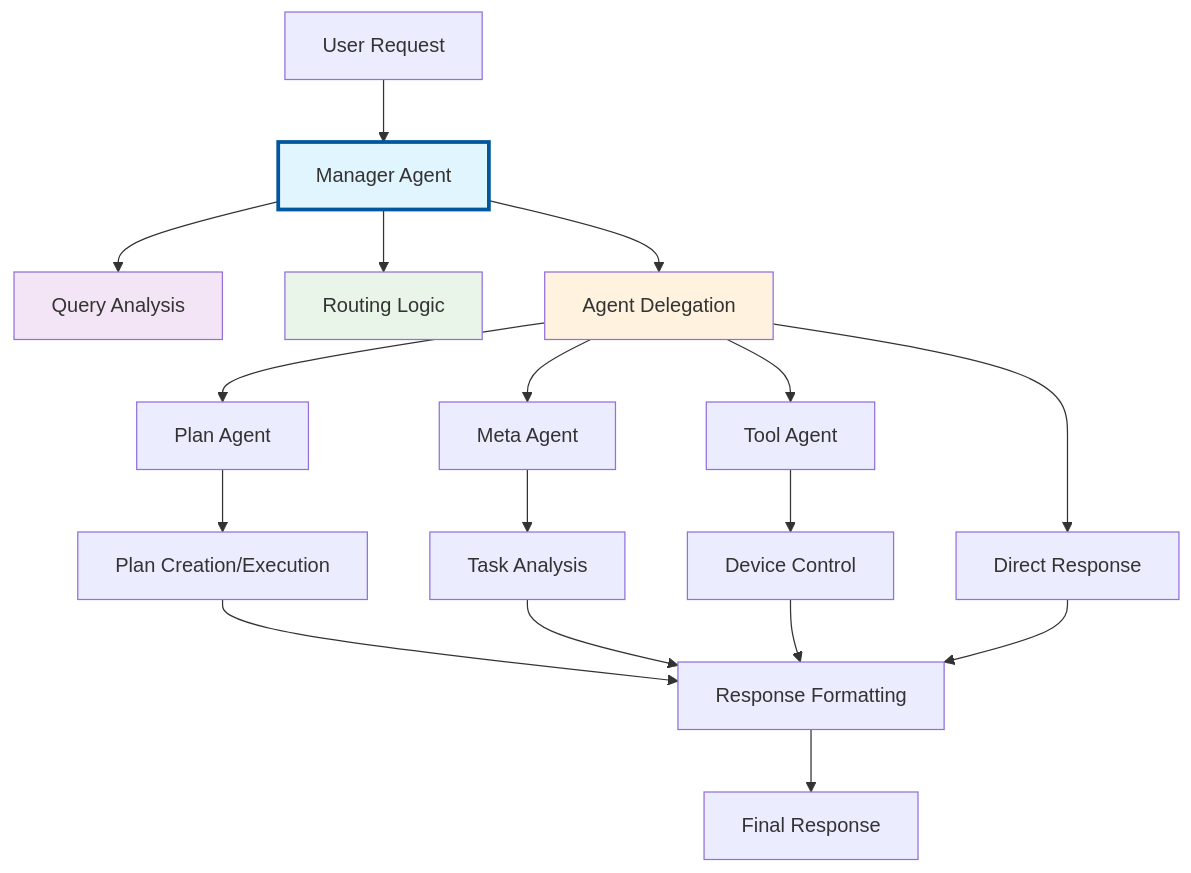
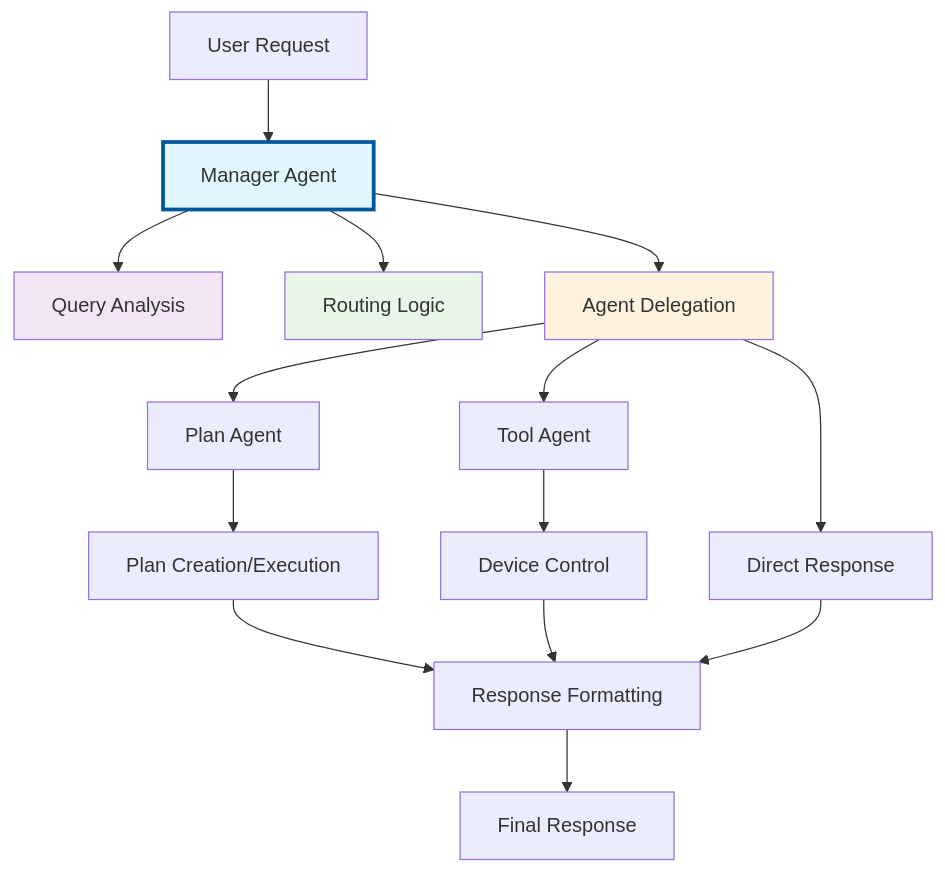
The first of 4 diagrams in docs/02_Manager_Agent.md (BaoBao112233/MAS-Planning), drawn with Mermaid before and after one commit. The commit also changed other lines of this file and 11 other files, not shown here.

````diff
--- a/docs/02_Manager_Agent.md
+++ b/docs/02_Manager_Agent.md
@@ -9,28 +9,25 @@
 ```mermaid
 graph TD
     A[User Request] --> B[Manager Agent]
     B --> C[Query Analysis]
     B --> D[Routing Logic]
     B --> E[Agent Delegation]
     
     E --> F[Plan Agent]
-    E --> G[Meta Agent]  
     E --> H[Tool Agent]
     E --> I[Direct Response]
     
     F --> J[Plan Creation/Execution]
-    G --> K[Task Analysis]
     H --> L[Device Control]
     
     J --> M[Response Formatting]
-    K --> M
     L --> M
     I --> M
     
     M --> N[Final Response]
     
     style B fill:#e1f5fe,stroke:#01579b,stroke-width:3px
     style C fill:#f3e5f5
     style D fill:#e8f5e8
     style E fill:#fff3e0
 ```
````
